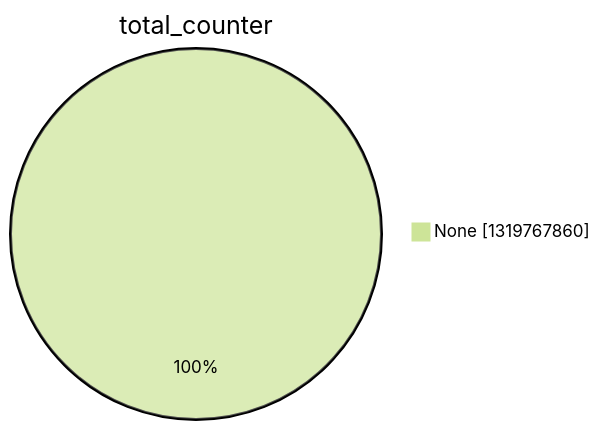
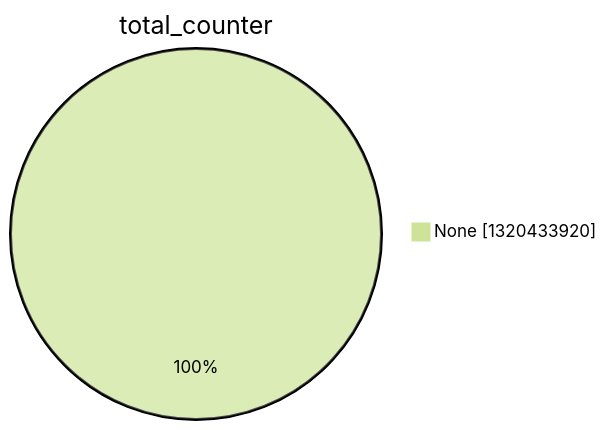
One commit to christiankrug/ctmonitor_visualization changed the second of 15 diagrams in argon2022/README.md. Above: the diagram before and after it, drawn with Mermaid (forest theme). The commit also changed other lines of this file, not shown here.

````diff
--- a/argon2022/README.md
+++ b/argon2022/README.md
@@ -9,5 +9,5 @@
 ```mermaid
 pie showData
 title total_counter
-"None" :1319767860
+"None" :1320433920
 ```
````
